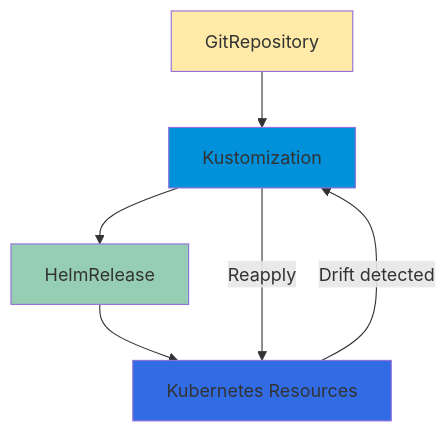
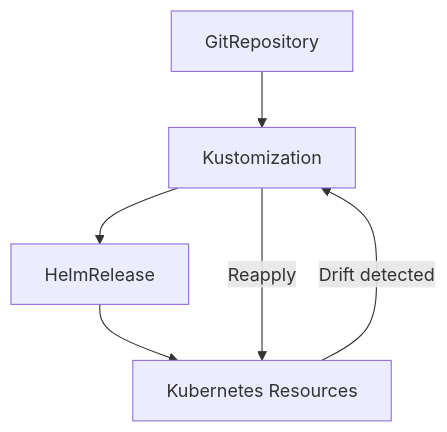
Before and after one commit to tscibilia/home-ops: the second of 2 diagrams in docs/kubernetes/overview.md, drawn with Mermaid. The commit also changed other lines of this file and 9 other files, not shown here.

````diff
--- a/docs/kubernetes/overview.md
+++ b/docs/kubernetes/overview.md
@@ -274,14 +269,9 @@
 ```mermaid
 graph TB
     A[GitRepository] --> B[Kustomization]
     B --> C[HelmRelease]
     C --> D[Kubernetes Resources]
 
     D -->|Drift detected| B
     B -->|Reapply| D
-
-    style A fill:#ffeaa7
-    style B fill:#0091da
-    style C fill:#96ceb4
-    style D fill:#326ce5
 ```
````
